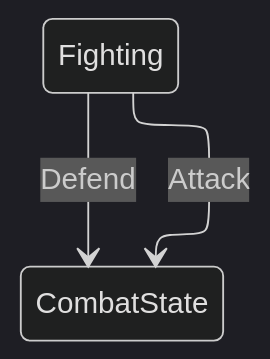
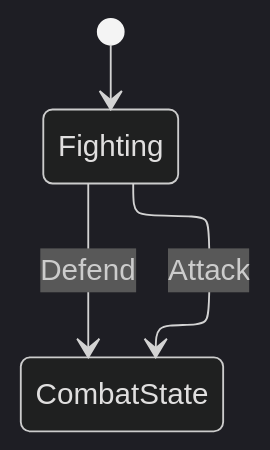
Before and after one commit to AdamWardVGP/KSM: the diagram in sample/ksmGraphs/stateMachine_CombatState.mmd, drawn with Mermaid (dark theme). The commit also changed 5 other files, not shown here.

First line of the commit message:
Refine composite-state mermaid rendering (#19)

```diff
--- a/sample/ksmGraphs/stateMachine_CombatState.mmd
+++ b/sample/ksmGraphs/stateMachine_CombatState.mmd
@@ -1,7 +1,8 @@
 ---
 config:
   layout: elk
 ---
 stateDiagram-v2
+    [*] --> Fighting
     Fighting --> CombatState: Attack
     Fighting --> CombatState: Defend
```
